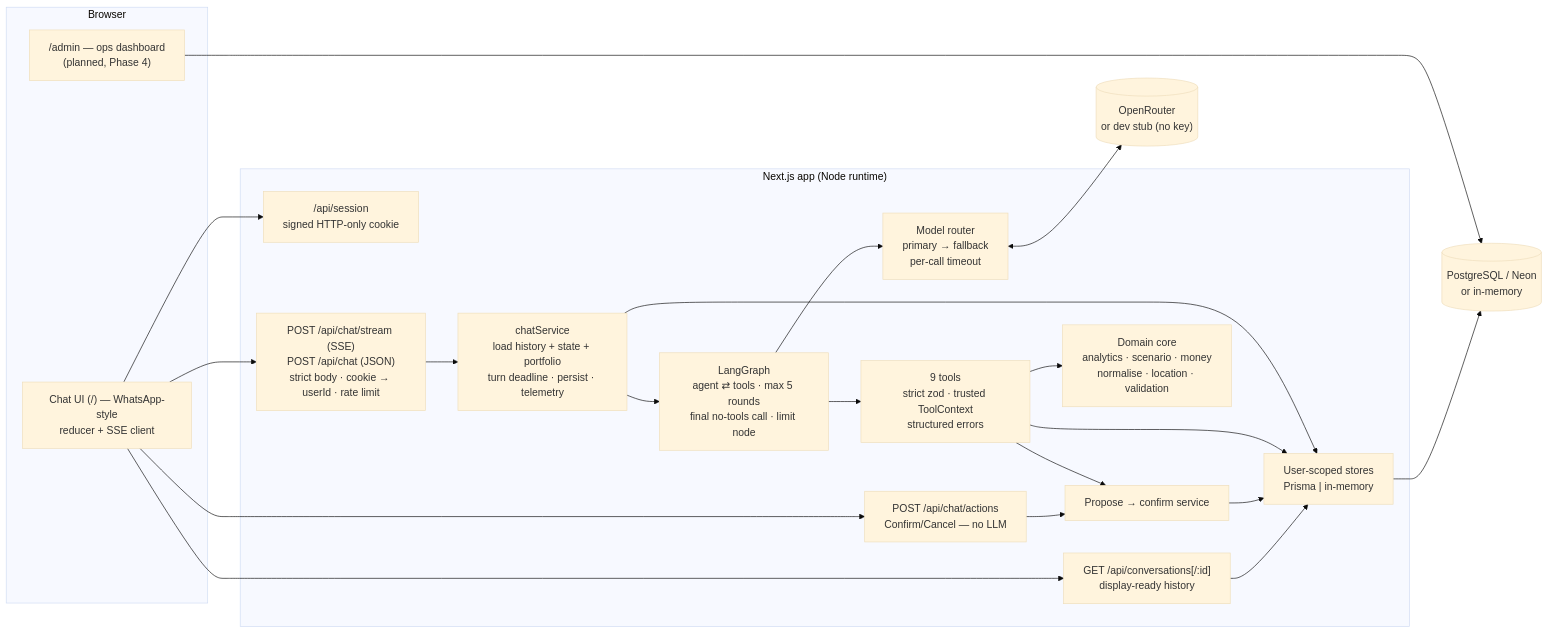
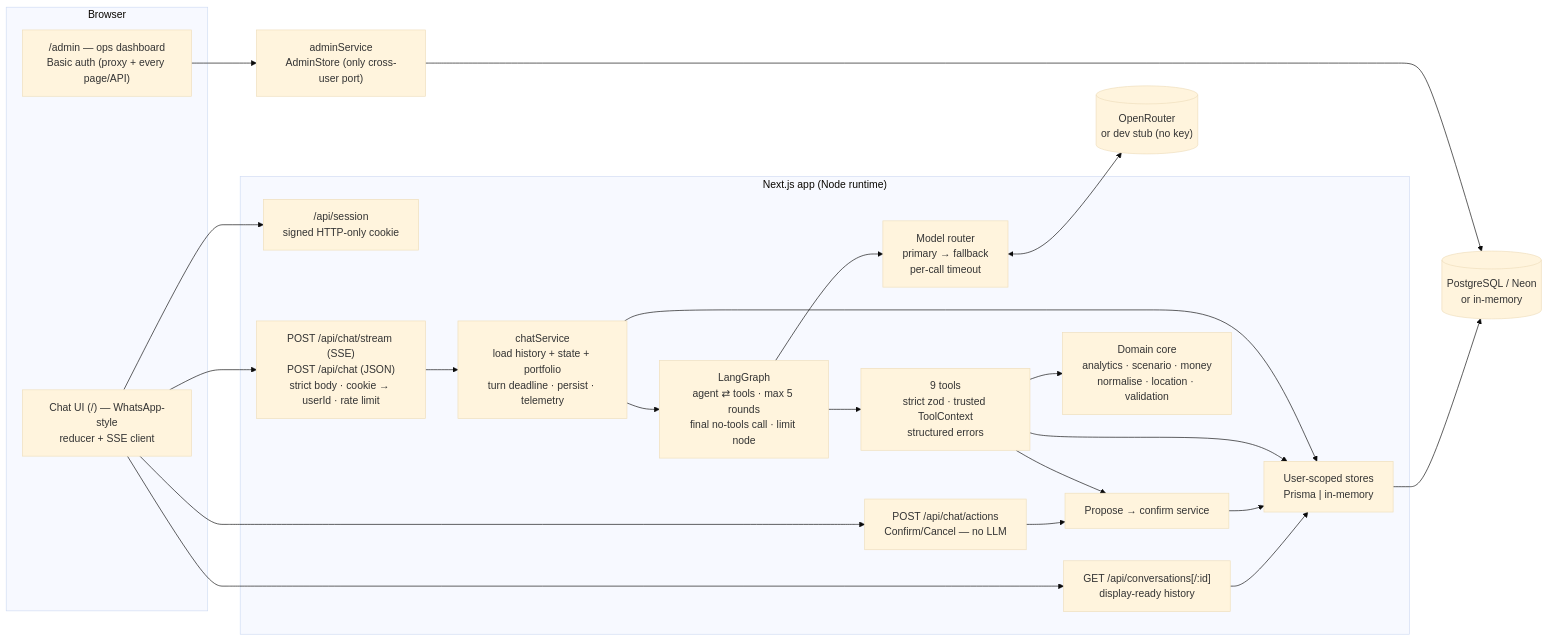
Before and after one commit to Vivek24051/ai-portfolio-analyst: the first of 2 diagrams in docs/architecture.md, drawn with Mermaid (base theme). The commit also changed other lines of this file and 27 other files, not shown here.

First line of the commit message:
Phase 4: admin dashboard with execution traces and attention management

````diff
--- a/docs/architecture.md
+++ b/docs/architecture.md
@@ -5,35 +5,35 @@
 ```mermaid
 flowchart LR
   subgraph Browser
     Chat["Chat UI (/) — WhatsApp-style<br/>reducer + SSE client"]
-    Admin["/admin — ops dashboard<br/>(planned, Phase 4)"]
+    Admin["/admin — ops dashboard<br/>Basic auth (proxy + every page/API)"]
   end
 
   subgraph Next["Next.js app (Node runtime)"]
     Session["/api/session<br/>signed HTTP-only cookie"]
     API["POST /api/chat/stream (SSE)<br/>POST /api/chat (JSON)<br/>strict body · cookie → userId · rate limit"]
     Hist["GET /api/conversations[/:id]<br/>display-ready history"]
     Btn["POST /api/chat/actions<br/>Confirm/Cancel — no LLM"]
     Svc["chatService<br/>load history + state + portfolio<br/>turn deadline · persist · telemetry"]
     Graph["LangGraph<br/>agent ⇄ tools · max 5 rounds<br/>final no-tools call · limit node"]
     Router["Model router<br/>primary → fallback<br/>per-call timeout"]
     Tools["9 tools<br/>strict zod · trusted ToolContext<br/>structured errors"]
     Domain["Domain core<br/>analytics · scenario · money<br/>normalise · location · validation"]
     Actions["Propose → confirm service"]
     Stores["User-scoped stores<br/>Prisma | in-memory"]
   end
 
   LLM[("OpenRouter<br/>or dev stub (no key)")]
   DB[("PostgreSQL / Neon<br/>or in-memory")]
 
   Chat --> Session
   Chat --> API --> Svc --> Graph
   Chat --> Hist --> Stores
   Chat --> Btn --> Actions
   Graph --> Router <--> LLM
   Graph --> Tools --> Domain
   Tools --> Actions --> Stores
   Tools --> Stores
   Svc --> Stores --> DB
-  Admin --> DB
+  Admin --> AdminSvc["adminService<br/>AdminStore (only cross-user port)"] --> DB
 ```
````
